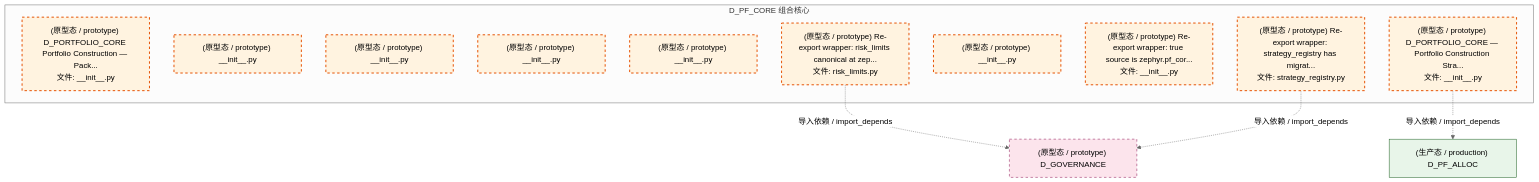
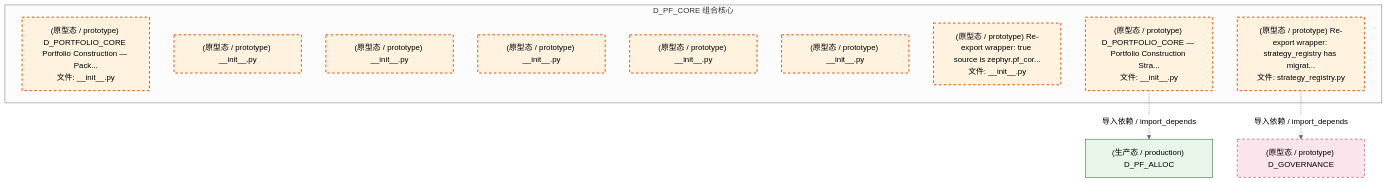
The third of 4 diagrams in docs/02_enterprise_architecture/02_domain_architecture_docs/52_d_pf_core.md (xuanFelixVan/ZephyrAlpha), drawn with Mermaid (neutral theme) before and after one commit. The commit also changed other lines of this file and 126 other files, not shown here.

````diff
--- a/docs/02_enterprise_architecture/02_domain_architecture_docs/52_d_pf_core.md
+++ b/docs/02_enterprise_architecture/02_domain_architecture_docs/52_d_pf_core.md
@@ -146,27 +143,25 @@
 ```mermaid
 graph TD
     subgraph D_PF_CORE["D_PF_CORE 组合核心"]
         src_zephyr_pf_core_init_py["(原型态 / prototype) D_PORTFOLIO_CORE Portfolio Construction — Pack...<br/>文件: __init__.py"]
         src_zephyr_pf_core_extensions_init_py["(原型态 / prototype) __init__.py"]
         src_zephyr_pf_core_api_init_py["(原型态 / prototype) __init__.py"]
         src_zephyr_pf_core_core_init_py["(原型态 / prototype) __init__.py"]
         src_zephyr_pf_core_infrastructure_init_py["(原型态 / prototype) __init__.py"]
-        src_zephyr_pf_core_risk_limits_py["(原型态 / prototype) Re-export wrapper: risk_limits canonical at zep...<br/>文件: risk_limits.py"]
         src_zephyr_pf_core_services_init_py["(原型态 / prototype) __init__.py"]
         src_zephyr_pf_core_strategies_init_py["(原型态 / prototype) Re-export wrapper: true source is zephyr.pf_cor...<br/>文件: __init__.py"]
         src_zephyr_pf_core_strategy_engine_init_py["(原型态 / prototype) D_PORTFOLIO_CORE — Portfolio Construction Stra...<br/>文件: __init__.py"]
         src_zephyr_pf_core_strategy_registry_py["(原型态 / prototype) Re-export wrapper: strategy_registry has migrat...<br/>文件: strategy_registry.py"]
     end
     D_GOVERNANCE["(原型态 / prototype) D_GOVERNANCE"]
-    src_zephyr_pf_core_risk_limits_py -.->|导入依赖 / import_depends| D_GOVERNANCE
     src_zephyr_pf_core_strategy_registry_py -.->|导入依赖 / import_depends| D_GOVERNANCE
     D_PF_ALLOC["(生产态 / production) D_PF_ALLOC"]
     src_zephyr_pf_core_strategy_engine_init_py -.->|导入依赖 / import_depends| D_PF_ALLOC
     classDef production fill:#e1f5fe,stroke:#01579b,stroke-width:2px,color:#000
     classDef design fill:#fff3e0,stroke:#e65100,stroke-width:2px,color:#000,stroke-dasharray: 5 5
     classDef external_prod fill:#e8f5e9,stroke:#1b5e20,stroke-width:1px,color:#000
     classDef external_design fill:#fce4ec,stroke:#880e4f,stroke-width:1px,color:#000,stroke-dasharray: 5 5
-    class src_zephyr_pf_core_init_py,src_zephyr_pf_core_extensions_init_py,src_zephyr_pf_core_api_init_py,src_zephyr_pf_core_core_init_py,src_zephyr_pf_core_infrastructure_init_py,src_zephyr_pf_core_risk_limits_py,src_zephyr_pf_core_services_init_py,src_zephyr_pf_core_strategies_init_py,src_zephyr_pf_core_strategy_engine_init_py,src_zephyr_pf_core_strategy_registry_py design
+    class src_zephyr_pf_core_init_py,src_zephyr_pf_core_extensions_init_py,src_zephyr_pf_core_api_init_py,src_zephyr_pf_core_core_init_py,src_zephyr_pf_core_infrastructure_init_py,src_zephyr_pf_core_services_init_py,src_zephyr_pf_core_strategies_init_py,src_zephyr_pf_core_strategy_engine_init_py,src_zephyr_pf_core_strategy_registry_py design
     class D_PF_ALLOC external_prod
     class D_GOVERNANCE external_design
 ```
````
